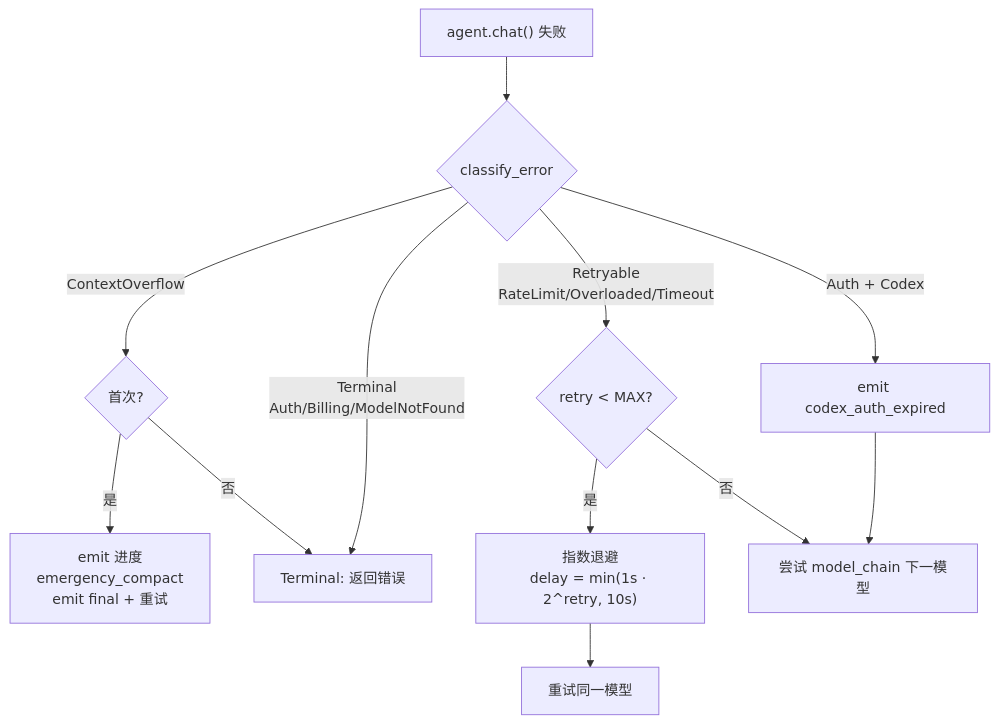
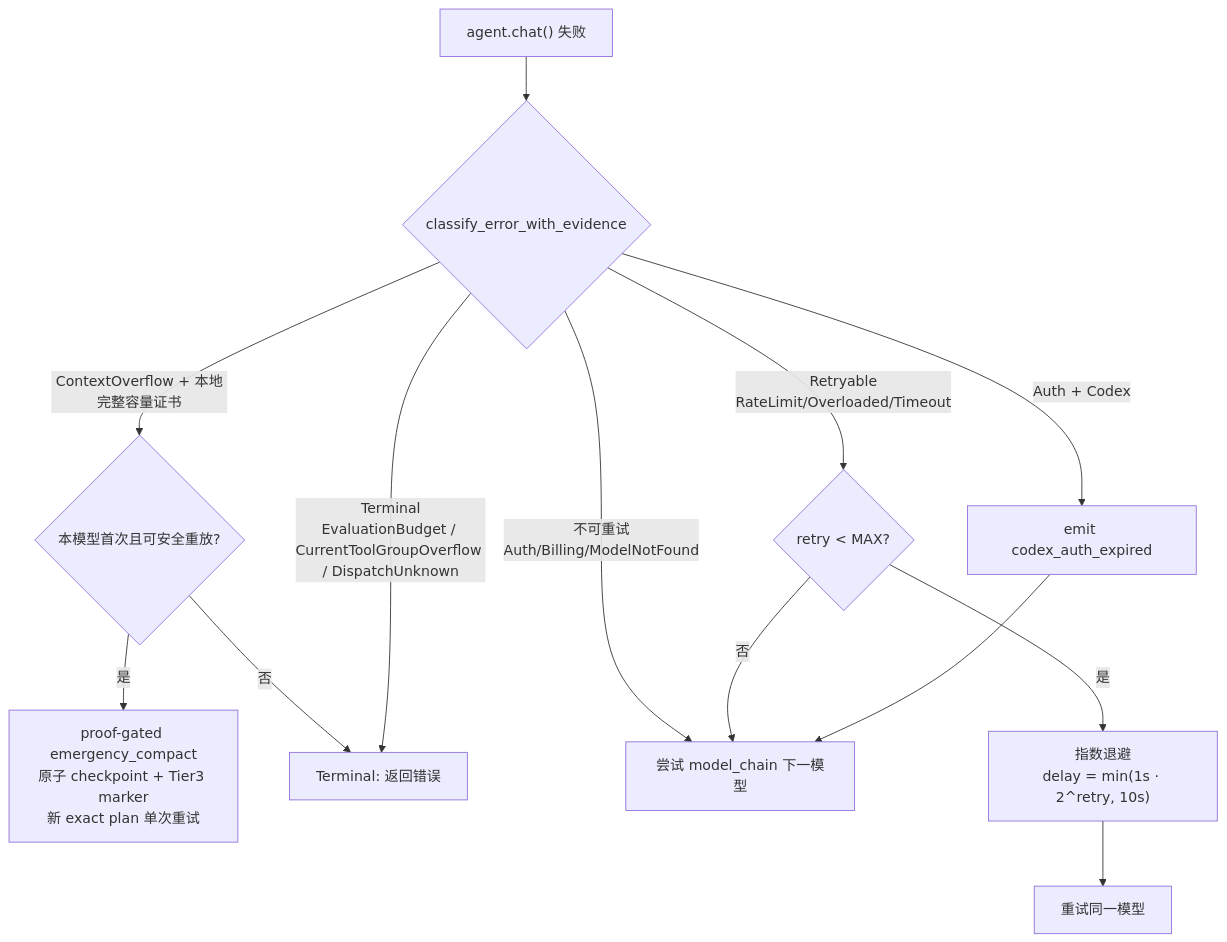
Before and after one commit to gabrielmoreira/agent-skills-mirror: the sixth of 7 diagrams in mirrors/repos/shiwenwen@hope-agent/docs/architecture/core/chat-engine.md, drawn with Mermaid. The commit also changed other lines of this file and 1493 other files, not shown here.

````diff
--- a/mirrors/repos/shiwenwen@hope-agent/docs/architecture/core/chat-engine.md
+++ b/mirrors/repos/shiwenwen@hope-agent/docs/architecture/core/chat-engine.md
@@ -658,14 +664,15 @@
 ```mermaid
 flowchart TD
-    A["agent.chat() 失败"] --> B{"classify_error"}
-    B -->|"ContextOverflow"| C{"首次?"}
-    C -->|"是"| D["emit 进度<br/>emergency_compact<br/>emit final + 重试"]
+    A["agent.chat() 失败"] --> B{"classify_error_with_evidence"}
+    B -->|"ContextOverflow + 本地完整容量证书"| C{"本模型首次且可安全重放?"}
+    C -->|"是"| D["proof-gated emergency_compact<br/>原子 checkpoint + Tier3 marker<br/>新 exact plan 单次重试"]
     C -->|"否"| E["Terminal: 返回错误"]
-    B -->|"Terminal<br/>Auth/Billing/ModelNotFound"| E
+    B -->|"Terminal<br/>EvaluationBudget / CurrentToolGroupOverflow / DispatchUnknown"| E
+    B -->|"不可重试<br/>Auth/Billing/ModelNotFound"| I
     B -->|"Retryable<br/>RateLimit/Overloaded/Timeout"| F{"retry &lt; MAX?"}
     F -->|"是"| G["指数退避<br/>delay = min(1s · 2^retry, 10s)"]
     G --> H["重试同一模型"]
     F -->|"否"| I["尝试 model_chain 下一模型"]
     B -->|"Auth + Codex"| J["emit codex_auth_expired"]
     J --> I
 ```
````
